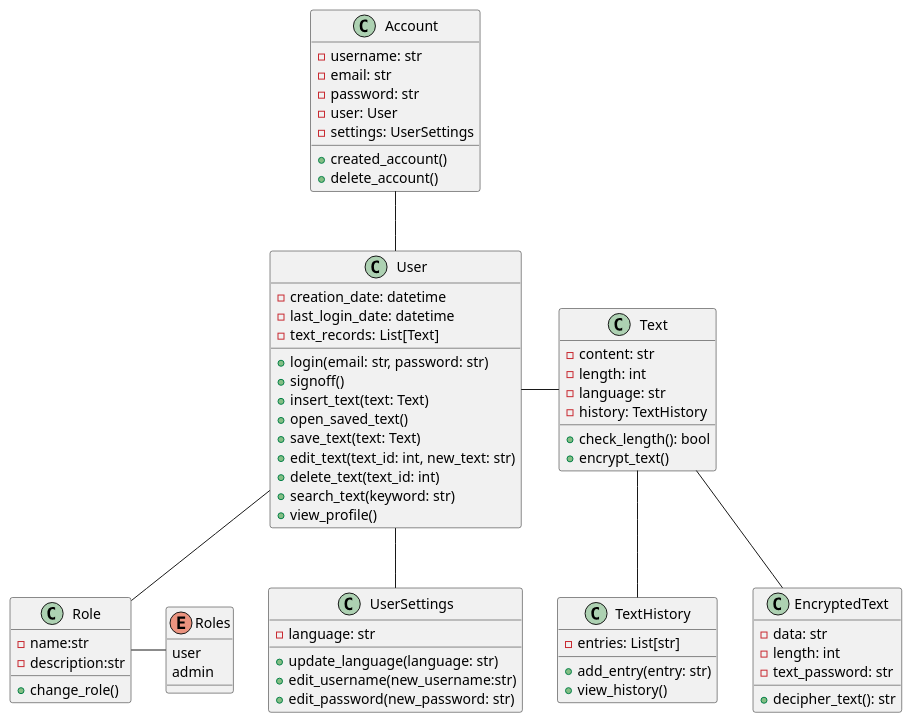
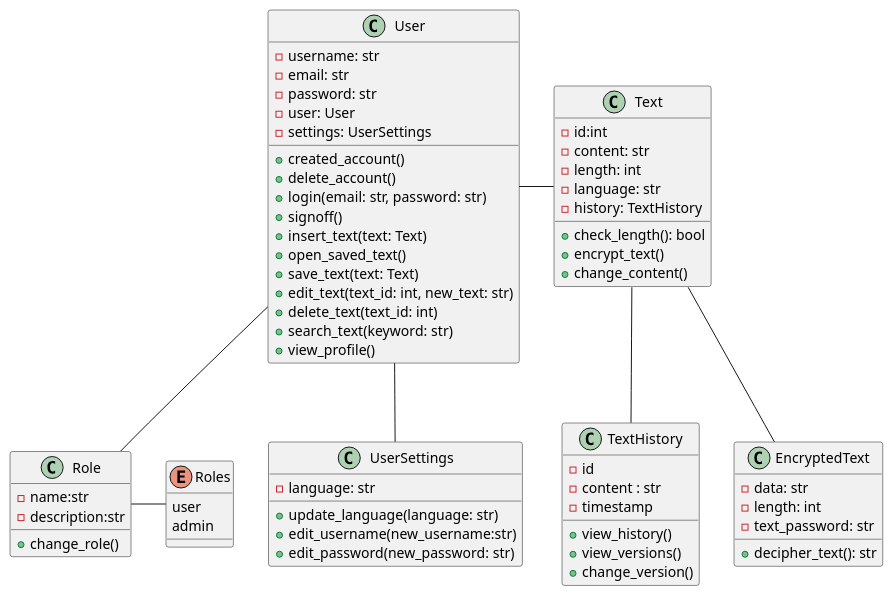
One commit to julietachaki/ProyectoSoftware changed the diagram in docs/class_diagram.puml. Above: the diagram before and after it, drawn with PlantUML. The commit also changed 7 other files, not shown here.

```diff
--- a/docs/class_diagram.puml
+++ b/docs/class_diagram.puml
@@ -1,67 +1,67 @@
 @startuml ClassDiagram
-class Account{
+
+class User{
     -username: str
     -email: str
     -password: str
     -user: User
     -settings: UserSettings
     +created_account()
     +delete_account()
-}
-class User{
-    -creation_date: datetime
-    -last_login_date: datetime
-    -text_records: List[Text]
     +login(email: str, password: str)
     +signoff()
     +insert_text(text: Text)
     +open_saved_text()
     +save_text(text: Text)
     +edit_text(text_id: int, new_text: str)
     +delete_text(text_id: int)
     +search_text(keyword: str)
     +view_profile()
 }
 class UserSettings{
     -language: str
     +update_language(language: str)
     +edit_username(new_username:str)
     +edit_password(new_password: str)
 }
 class Role{
     -name:str
     -description:str
     +change_role()
 }
 enum Roles{
     user
     admin
 }
 class Text{
+    -id:int
     -content: str
     -length: int
     -language: str
     -history: TextHistory
     +check_length(): bool
     +encrypt_text()
+    +change_content()
 }
 class TextHistory{
-    -entries: List[str]
-    +add_entry(entry: str)
+    -id
+    -content : str
+    -timestamp
     +view_history()
+    +view_versions()
+    +change_version()
 }
 class EncryptedText{
     -data: str
     -length: int
     -text_password: str
     +decipher_text(): str
 }
 
 User -- Role
 Role - Roles
 Text -- EncryptedText
-Account-- User
 User -- UserSettings
 User - Text
 Text -- TextHistory
 @enduml
```
